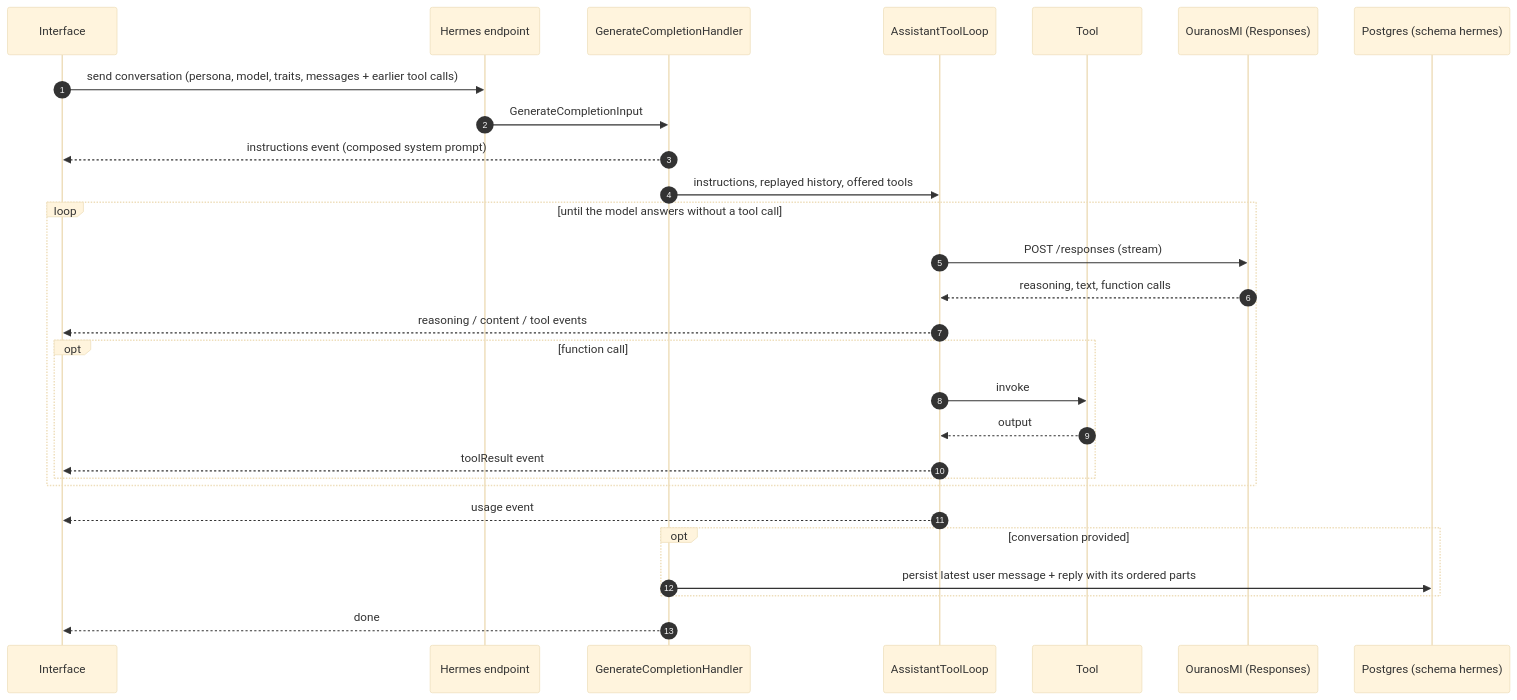
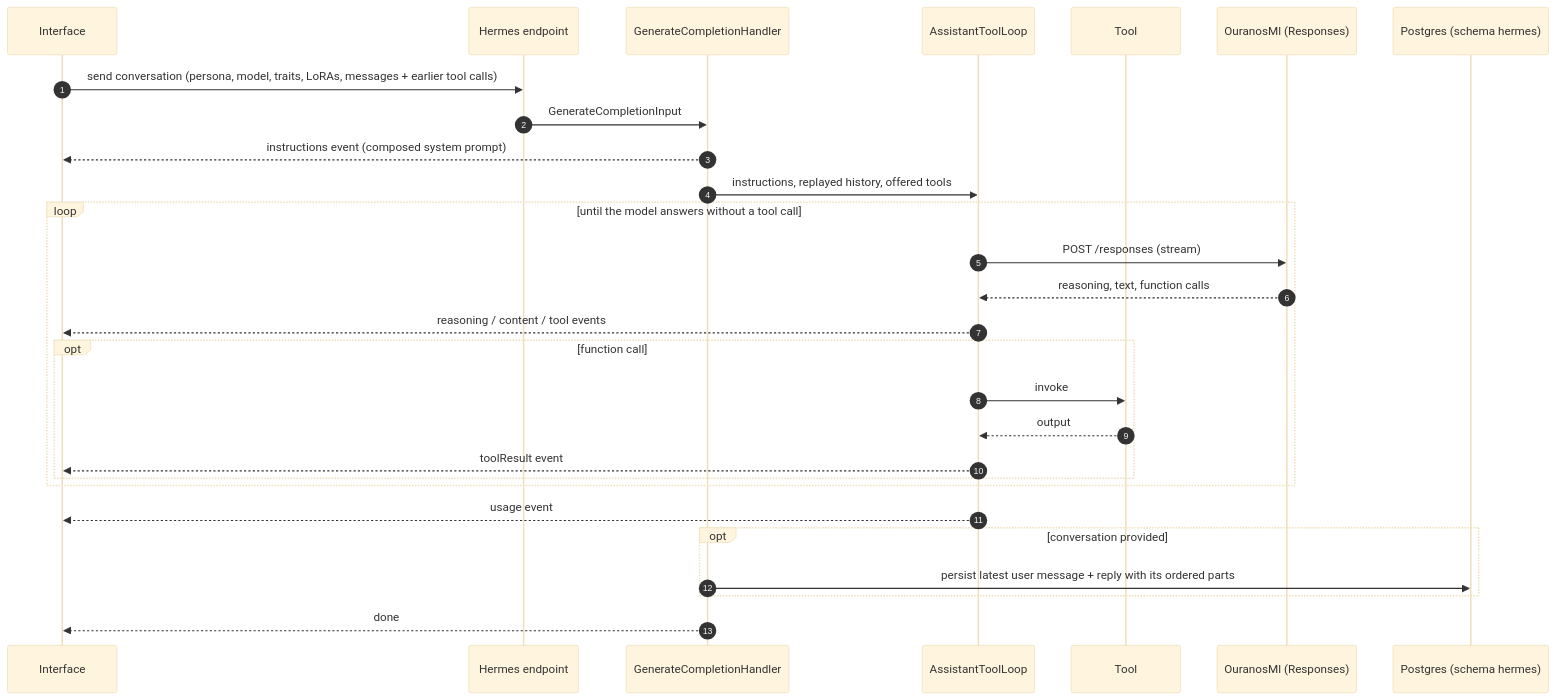
The first of 2 diagrams in src/modules/hermes/docs/06-runtime-view.md (davwales/ouranos-pantheon), drawn with Mermaid (base theme) before and after one commit. The commit also changed other lines of this file and 95 other files, not shown here.

````diff
--- a/src/modules/hermes/docs/06-runtime-view.md
+++ b/src/modules/hermes/docs/06-runtime-view.md
@@ -5,31 +5,31 @@
 ```mermaid
 sequenceDiagram
     autonumber
     participant UI as Interface
     participant EP as Hermes endpoint
     participant H as GenerateCompletionHandler
     participant L as AssistantToolLoop
     participant T as Tool
     participant ML as OuranosMl (Responses)
     participant DB as Postgres (schema hermes)
 
-    UI ->> EP: send conversation (persona, model, traits, messages + earlier tool calls)
+    UI ->> EP: send conversation (persona, model, traits, LoRAs, messages + earlier tool calls)
     EP ->> H: GenerateCompletionInput
     H -->> UI: instructions event (composed system prompt)
     H ->> L: instructions, replayed history, offered tools
     loop until the model answers without a tool call
         L ->> ML: POST /responses (stream)
         ML -->> L: reasoning, text, function calls
         L -->> UI: reasoning / content / tool events
         opt function call
             L ->> T: invoke
             T -->> L: output
             L -->> UI: toolResult event
         end
     end
     L -->> UI: usage event
     opt conversation provided
         H ->> DB: persist latest user message + reply with its ordered parts
     end
     H -->> UI: done
 ```
````
